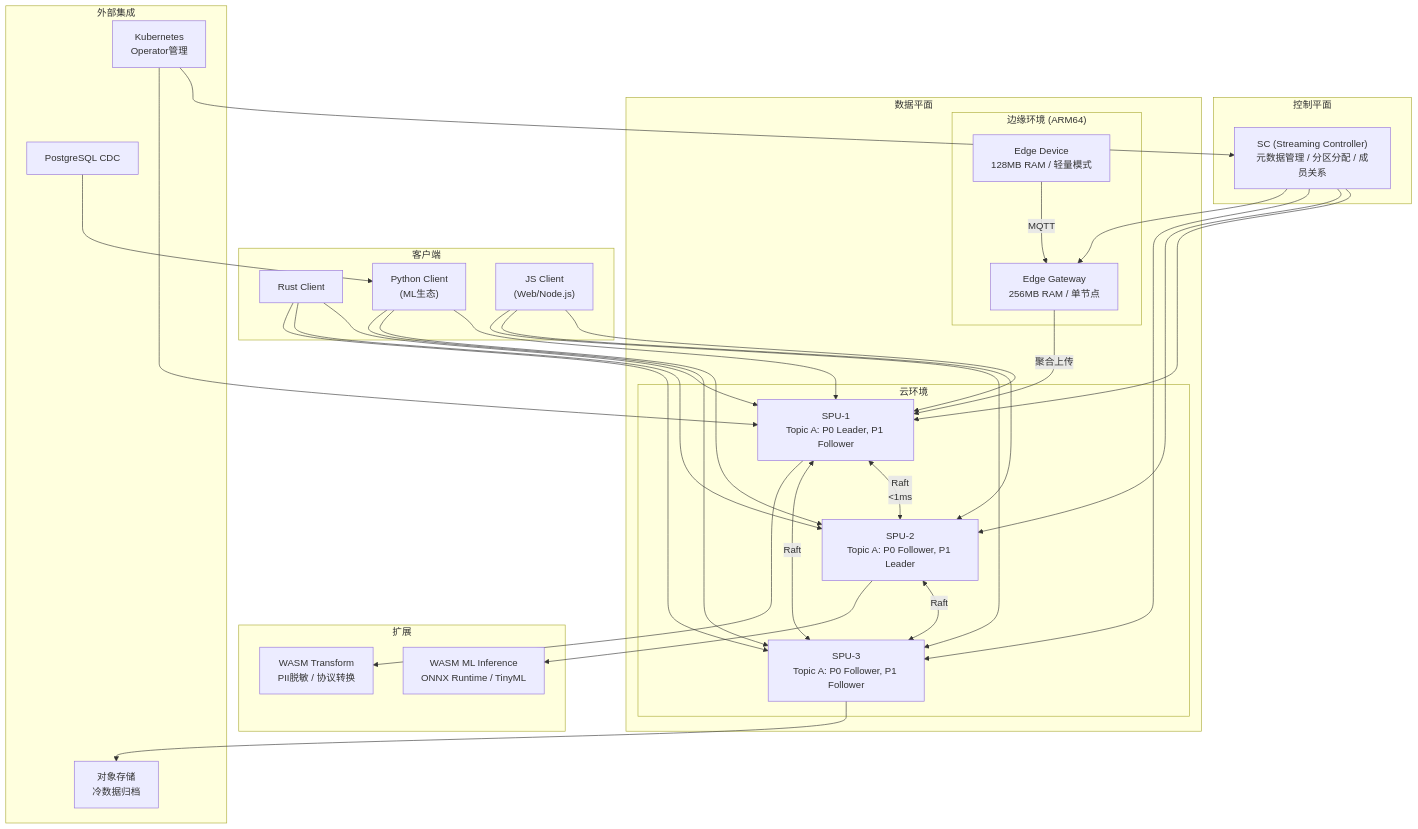
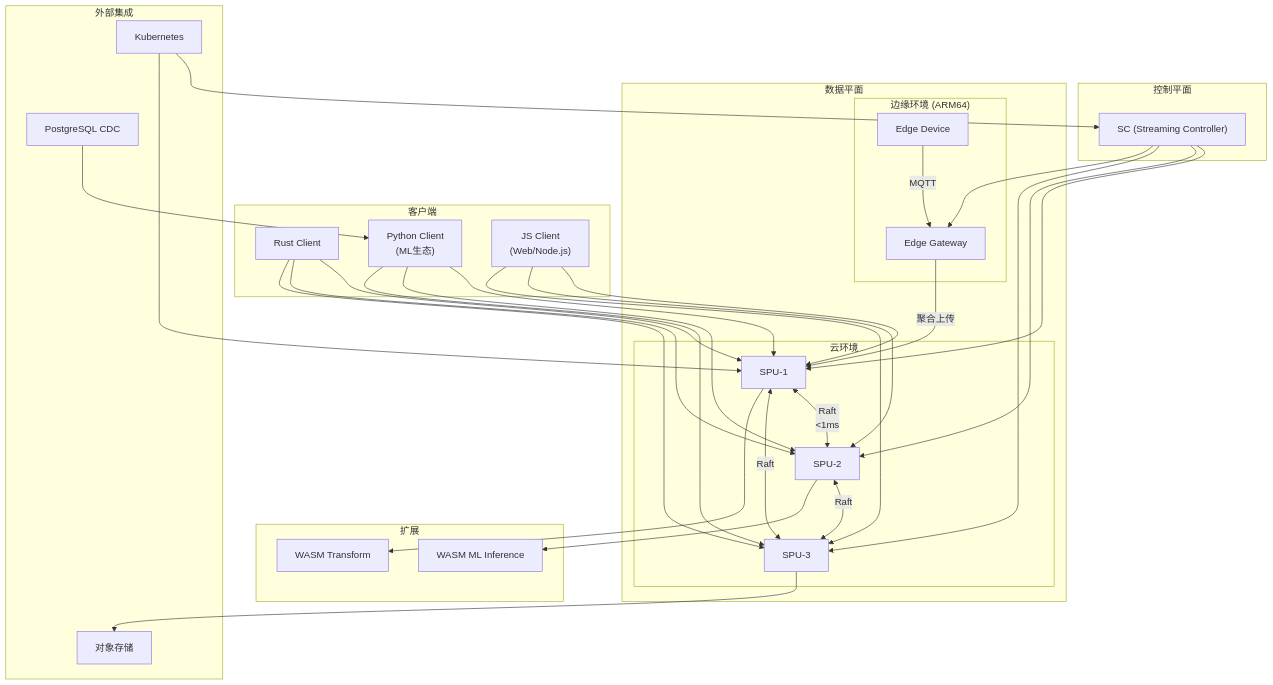
One commit to AdaMartin18010/AnalysisDataFlow changed the second of 3 diagrams in TECH-STACK-POSTGRESQL-18-MULTI-LANGUAGE-STREAMING/02-language-ecosystems/02.02-rust-streaming-ecosystem.md. Above: the diagram before and after it, drawn with Mermaid. The commit also changed other lines of this file and 6 other files, not shown here.

````diff
--- a/TECH-STACK-POSTGRESQL-18-MULTI-LANGUAGE-STREAMING/02-language-ecosystems/02.02-rust-streaming-ecosystem.md
+++ b/TECH-STACK-POSTGRESQL-18-MULTI-LANGUAGE-STREAMING/02-language-ecosystems/02.02-rust-streaming-ecosystem.md
@@ -823,48 +784,48 @@
 ```mermaid
 graph TB
     subgraph "控制平面"
-        SC["SC (Streaming Controller)<br/>元数据管理 / 分区分配 / 成员关系"]
+        SC["SC (Streaming Controller)"]
     end
 
     subgraph "数据平面"
         subgraph "云环境"
-            SPU1["SPU-1<br/>Topic A: P0 Leader, P1 Follower"]
-            SPU2["SPU-2<br/>Topic A: P0 Follower, P1 Leader"]
-            SPU3["SPU-3<br/>Topic A: P0 Follower, P1 Follower"]
+            SPU1["SPU-1"]
+            SPU2["SPU-2"]
+            SPU3["SPU-3"]
         end
         subgraph "边缘环境 (ARM64)"
-            EDGE1["Edge Gateway<br/>256MB RAM / 单节点"]
-            EDGE2["Edge Device<br/>128MB RAM / 轻量模式"]
+            EDGE1["Edge Gateway"]
+            EDGE2["Edge Device"]
         end
     end
 
     subgraph "客户端"
         CLIENT1["Rust Client"]
         CLIENT2["Python Client<br/>(ML生态)"]
         CLIENT3["JS Client<br/>(Web/Node.js)"]
     end
 
     subgraph "扩展"
-        WASM1["WASM Transform<br/>PII脱敏 / 协议转换"]
-        WASM2["WASM ML Inference<br/>ONNX Runtime / TinyML"]
+        WASM1["WASM Transform"]
+        WASM2["WASM ML Inference"]
     end
 
     subgraph "外部集成"
-        K8S["Kubernetes<br/>Operator管理"]
+        K8S["Kubernetes"]
         PG["PostgreSQL CDC"]
-        S3["对象存储<br/>冷数据归档"]
+        S3["对象存储"]
     end
 
     SC --> SPU1 & SPU2 & SPU3 & EDGE1
     SPU1 <-->|"Raft<br/><1ms"| SPU2
     SPU2 <-->|"Raft"| SPU3
     SPU1 <-->|"Raft"| SPU3
     EDGE1 -->|"聚合上传"| SPU1
     EDGE2 -->|"MQTT"| EDGE1
     CLIENT1 & CLIENT2 & CLIENT3 --> SPU1 & SPU2 & SPU3
     SPU1 --> WASM1
     SPU2 --> WASM2
     K8S --> SC & SPU1
     PG --> CLIENT2
     SPU3 --> S3
 ```
````
